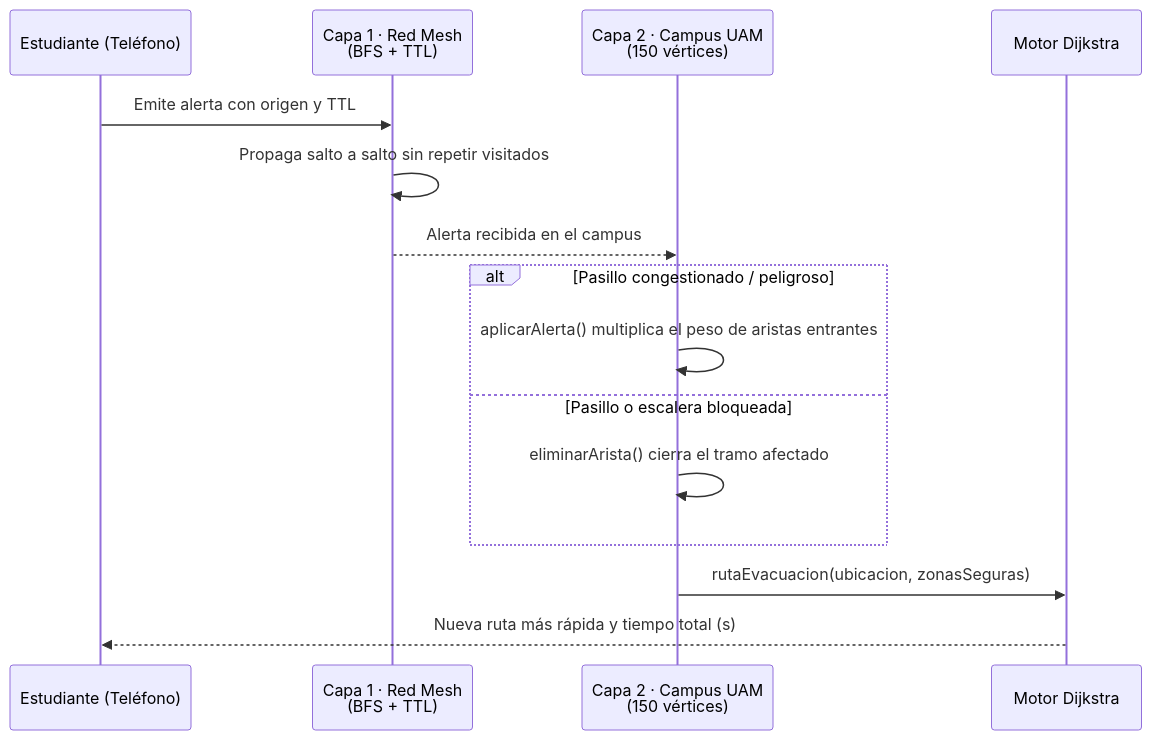
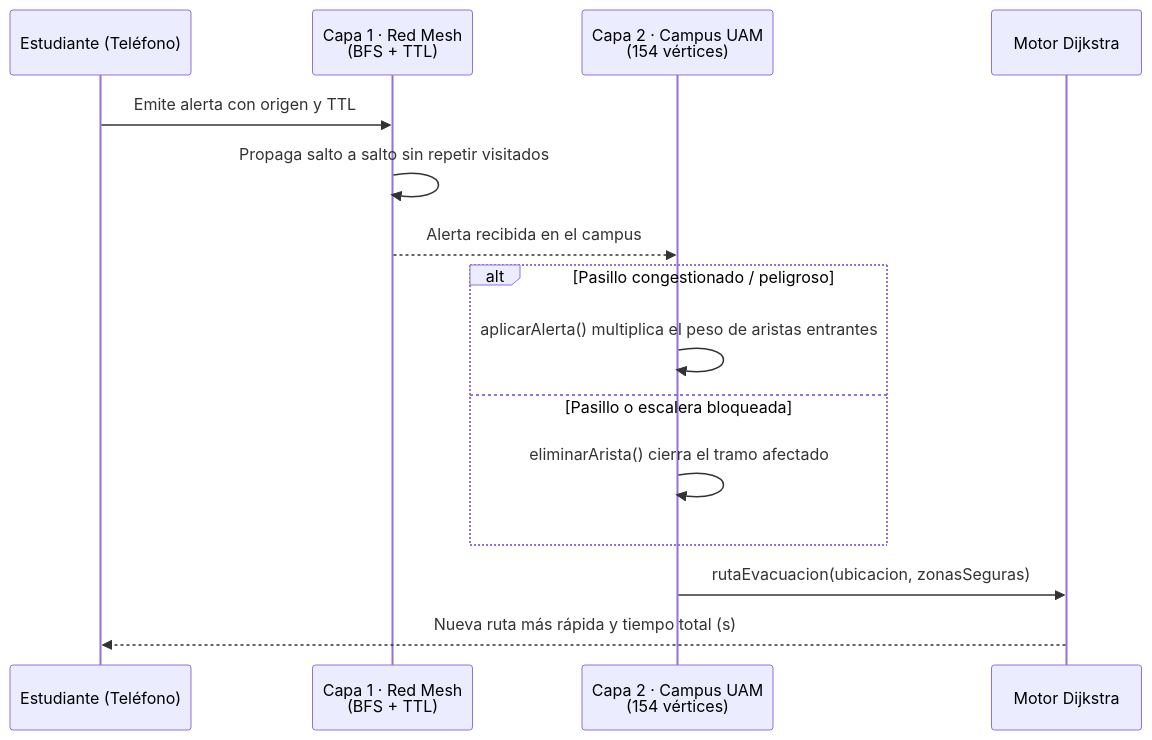
Before and after one commit to jamesjsfouam/unexuam: the diagram in README.md, drawn with Mermaid. The commit also changed other lines of this file and 70 other files, not shown here.

````diff
--- a/README.md
+++ b/README.md
@@ -66,18 +66,18 @@
 ```mermaid
 sequenceDiagram
     participant E as Estudiante (Teléfono)
     participant M as Capa 1 · Red Mesh<br/>(BFS + TTL)
-    participant C as Capa 2 · Campus UAM<br/>(150 vértices)
+    participant C as Capa 2 · Campus UAM<br/>(154 vértices)
     participant D as Motor Dijkstra
 
     E->>M: Emite alerta con origen y TTL
     M->>M: Propaga salto a salto sin repetir visitados
     M-->>C: Alerta recibida en el campus
     alt Pasillo congestionado / peligroso
         C->>C: aplicarAlerta() multiplica el peso de aristas entrantes
     else Pasillo o escalera bloqueada
         C->>C: eliminarArista() cierra el tramo afectado
     end
     C->>D: rutaEvacuacion(ubicacion, zonasSeguras)
     D-->>E: Nueva ruta más rápida y tiempo total (s)
 ```
````
